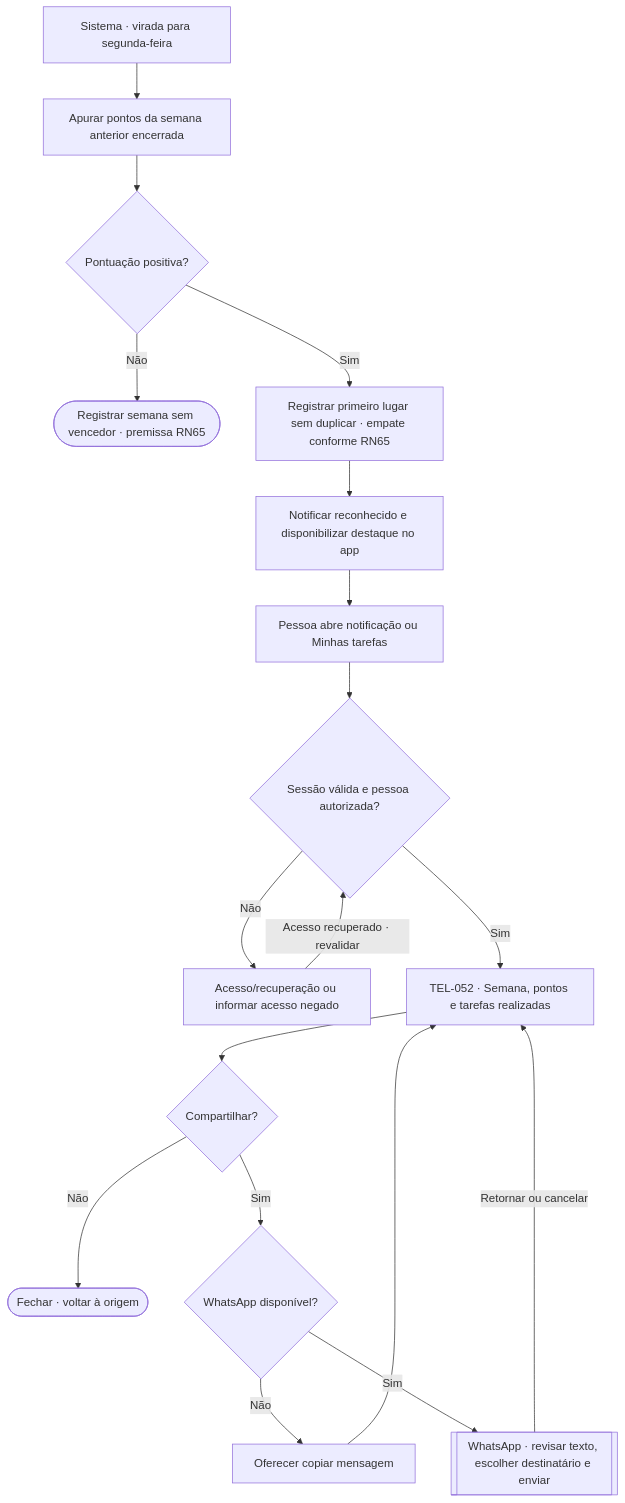
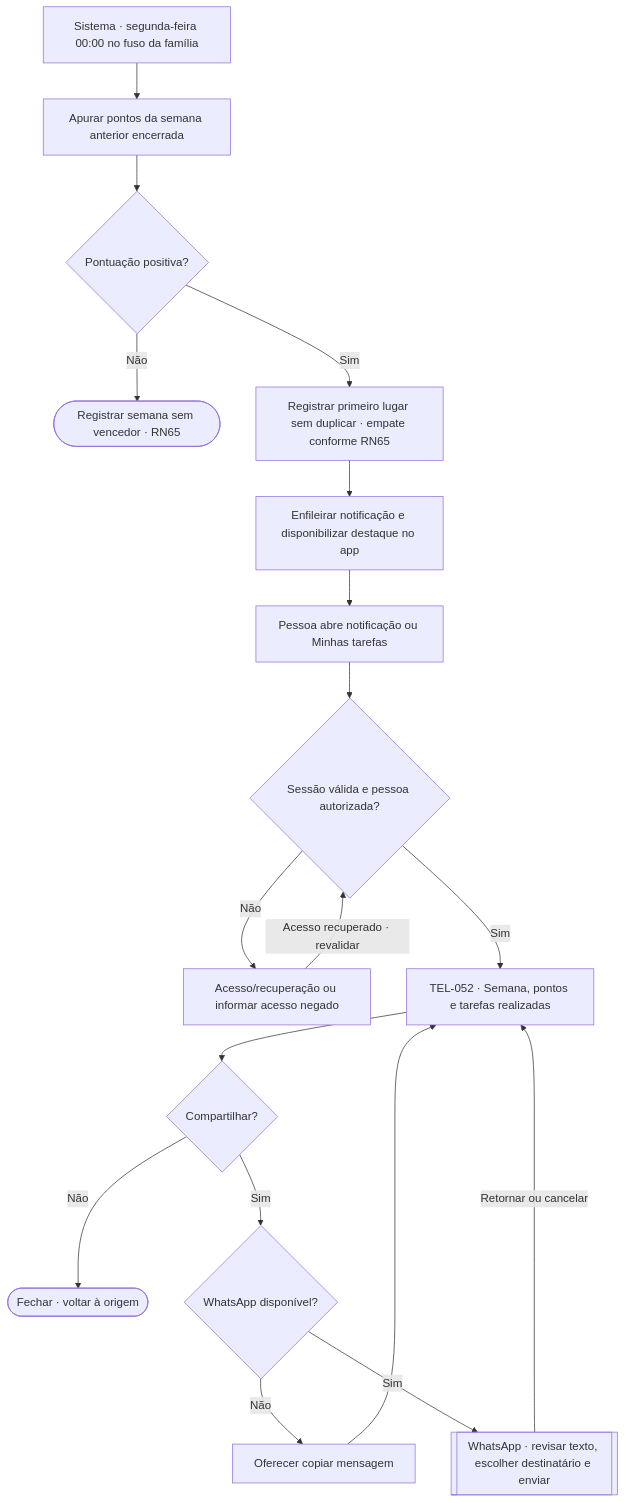
Before and after one commit to lizandramalta/App-Rotina-Familiar: diagram 15 of 16 in docs/design/user-flows.md, drawn with Mermaid. The commit also changed other lines of this file and 25 other files, not shown here.

````diff
--- a/docs/design/user-flows.md
+++ b/docs/design/user-flows.md
@@ -522,20 +531,20 @@
 ```mermaid
 flowchart TD
-    A["Sistema · virada para segunda-feira"] --> B["Apurar pontos da semana anterior encerrada"]
+    A["Sistema · segunda-feira 00:00 no fuso da família"] --> B["Apurar pontos da semana anterior encerrada"]
     B --> C{"Pontuação positiva?"}
-    C -->|Não| D(["Registrar semana sem vencedor · premissa RN65"])
+    C -->|Não| D(["Registrar semana sem vencedor · RN65"])
     C -->|Sim| E["Registrar primeiro lugar sem duplicar · empate conforme RN65"]
-    E --> F["Notificar reconhecido e disponibilizar destaque no app"]
+    E --> F["Enfileirar notificação e disponibilizar destaque no app"]
     F --> G["Pessoa abre notificação ou Minhas tarefas"]
     G --> H{"Sessão válida e pessoa autorizada?"}
     H -->|Não| I["Acesso/recuperação ou informar acesso negado"]
     I -->|Acesso recuperado · revalidar| H
     H -->|Sim| J["TEL-052 · Semana, pontos e tarefas realizadas"]
     J --> K{"Compartilhar?"}
     K -->|Não| L(["Fechar · voltar à origem"])
     K -->|Sim| M{"WhatsApp disponível?"}
     M -->|Não| N["Oferecer copiar mensagem"]
     M -->|Sim| O[["WhatsApp · revisar texto, escolher destinatário e enviar"]]
     N --> J
     O -->|Retornar ou cancelar| J
 ```
````
